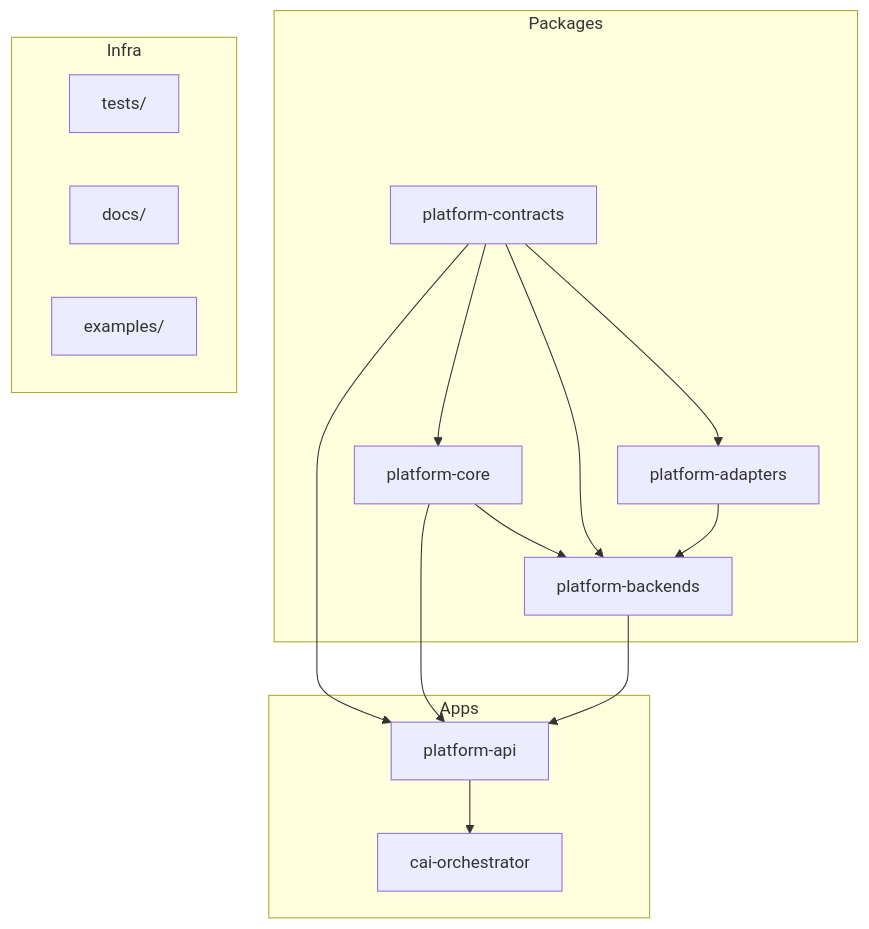
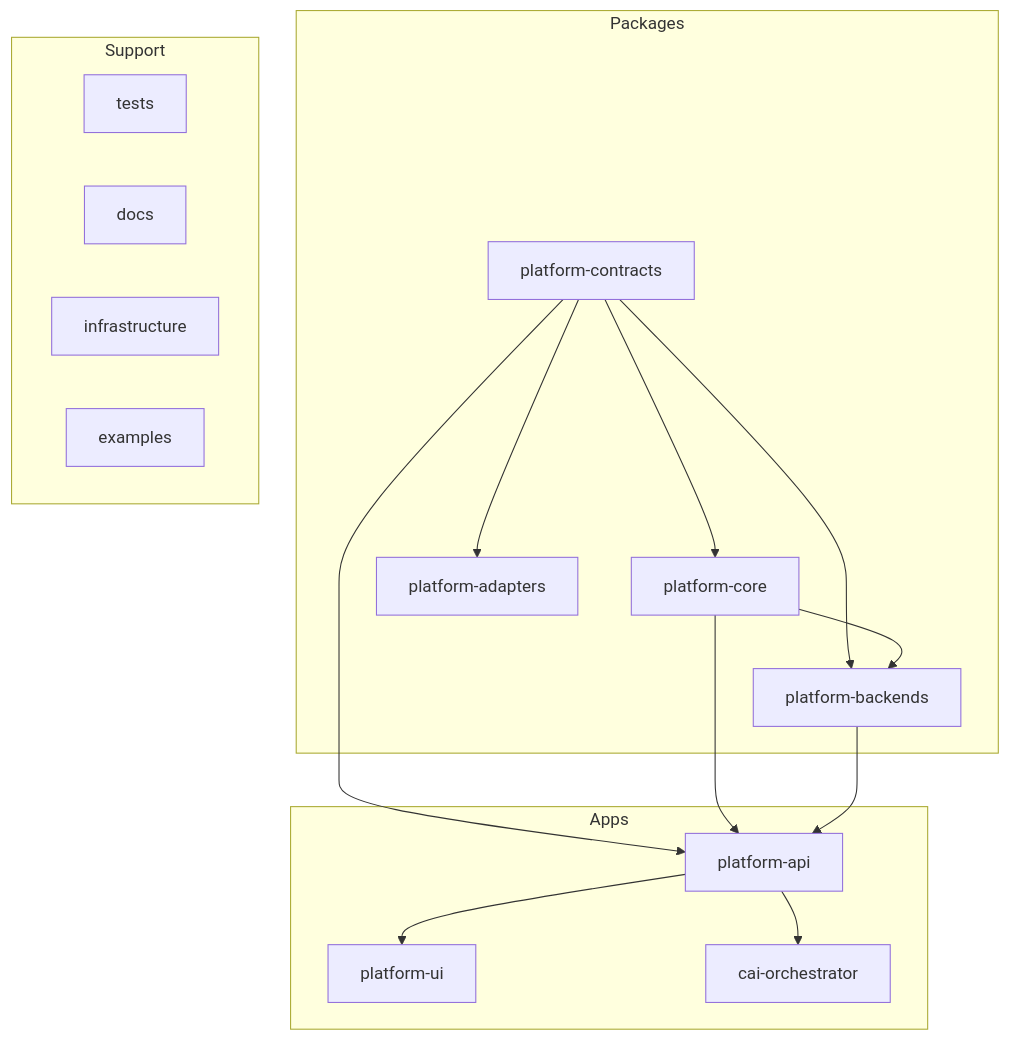
Before and after one commit to USM-Wolffe/cai-platform: the first of 2 diagrams in docs/architecture/repository-map.md, drawn with Mermaid. The commit also changed other lines of this file and 88 other files, not shown here.

````diff
--- a/docs/architecture/repository-map.md
+++ b/docs/architecture/repository-map.md
@@ -16,27 +14,29 @@
 ```mermaid
 flowchart TB
   subgraph apps [Apps]
-    platform_api[platform-api]
-    cai_orchestrator[cai-orchestrator]
+    platformApi[platform-api]
+    platformUi[platform-ui]
+    caiOrchestrator[cai-orchestrator]
   end
   subgraph packages [Packages]
     contracts[platform-contracts]
     core[platform-core]
     adapters[platform-adapters]
     backends[platform-backends]
   end
-  subgraph infra [Infra]
-    tests[tests/]
-    docs[docs/]
-    examples[examples/]
+  subgraph support [Support]
+    testsDir[tests]
+    docsDir[docs]
+    infraDir[infrastructure]
+    examplesDir[examples]
   end
   contracts --> core
   contracts --> adapters
+  contracts --> backends
   core --> backends
-  contracts --> backends
-  adapters --> backends
-  contracts --> platform_api
-  core --> platform_api
-  backends --> platform_api
-  platform_api --> cai_orchestrator
+  contracts --> platformApi
+  core --> platformApi
+  backends --> platformApi
+  platformApi --> platformUi
+  platformApi --> caiOrchestrator
 ```
````
